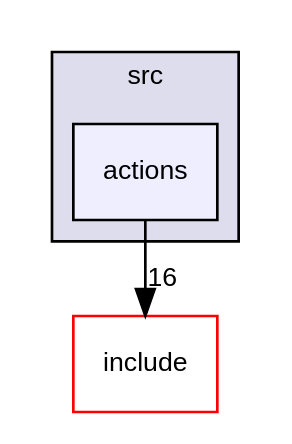
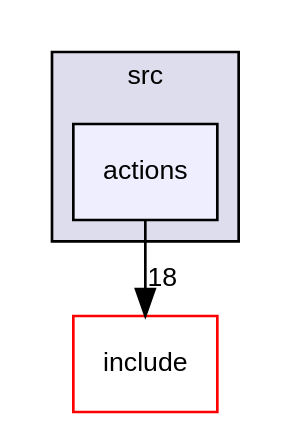
Before and after one commit to frereit/KauMA: the diagram in dir_d2b8d8eda696fb67dda800ae051affdc_dep.dot, drawn with Graphviz. The commit also changed 98 other files, not shown here.

```diff
--- a/dir_d2b8d8eda696fb67dda800ae051affdc_dep.dot
+++ b/dir_d2b8d8eda696fb67dda800ae051affdc_dep.dot
@@ -1,11 +1,11 @@
 digraph "src/actions" {
   compound=true
   node [ fontsize="10", fontname="Helvetica"];
   edge [ labelfontsize="10", labelfontname="Helvetica"];
   subgraph clusterdir_68267d1309a1af8e8297ef4c3efbcdba {
     graph [ bgcolor="#ddddee", pencolor="black", label="src" fontname="Helvetica", fontsize="10", URL="dir_68267d1309a1af8e8297ef4c3efbcdba.html"]
   dir_d2b8d8eda696fb67dda800ae051affdc [shape=box, label="actions", style="filled", fillcolor="#eeeeff", pencolor="black", URL="dir_d2b8d8eda696fb67dda800ae051affdc.html"];
   }
   dir_d44c64559bbebec7f509842c48db8b23 [shape=box label="include" fillcolor="white" style="filled" color="red" URL="dir_d44c64559bbebec7f509842c48db8b23.html"];
-  dir_d2b8d8eda696fb67dda800ae051affdc->dir_d44c64559bbebec7f509842c48db8b23 [headlabel="16", labeldistance=1.5 headhref="dir_000008_000002.html"];
+  dir_d2b8d8eda696fb67dda800ae051affdc->dir_d44c64559bbebec7f509842c48db8b23 [headlabel="18", labeldistance=1.5 headhref="dir_000008_000002.html"];
 }
```
